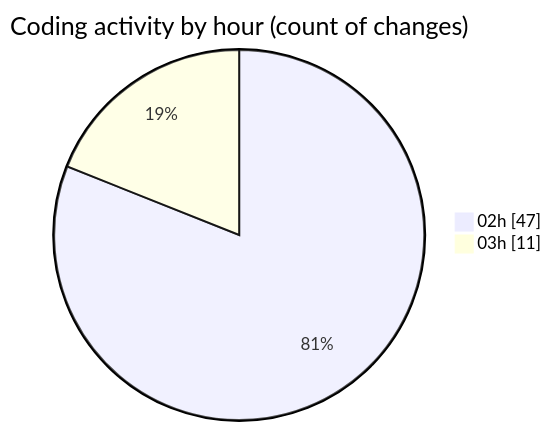
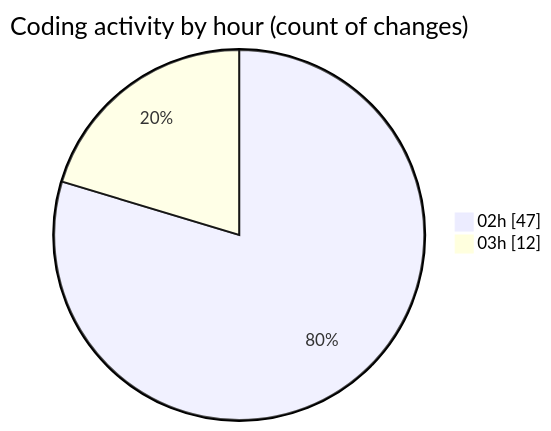
The second of 2 diagrams in 2025-01-02/3drust/README.md (ernivani/code-tracking), drawn with Mermaid before and after one commit. The commit also changed other lines of this file and 2 other files, not shown here.

````diff
--- a/2025-01-02/3drust/README.md
+++ b/2025-01-02/3drust/README.md
@@ -36,6 +36,6 @@
 ```mermaid
 pie showData
 title Coding activity by hour (count of changes)
 "02h" : 47
-"03h" : 11
+"03h" : 12
 ```
````
